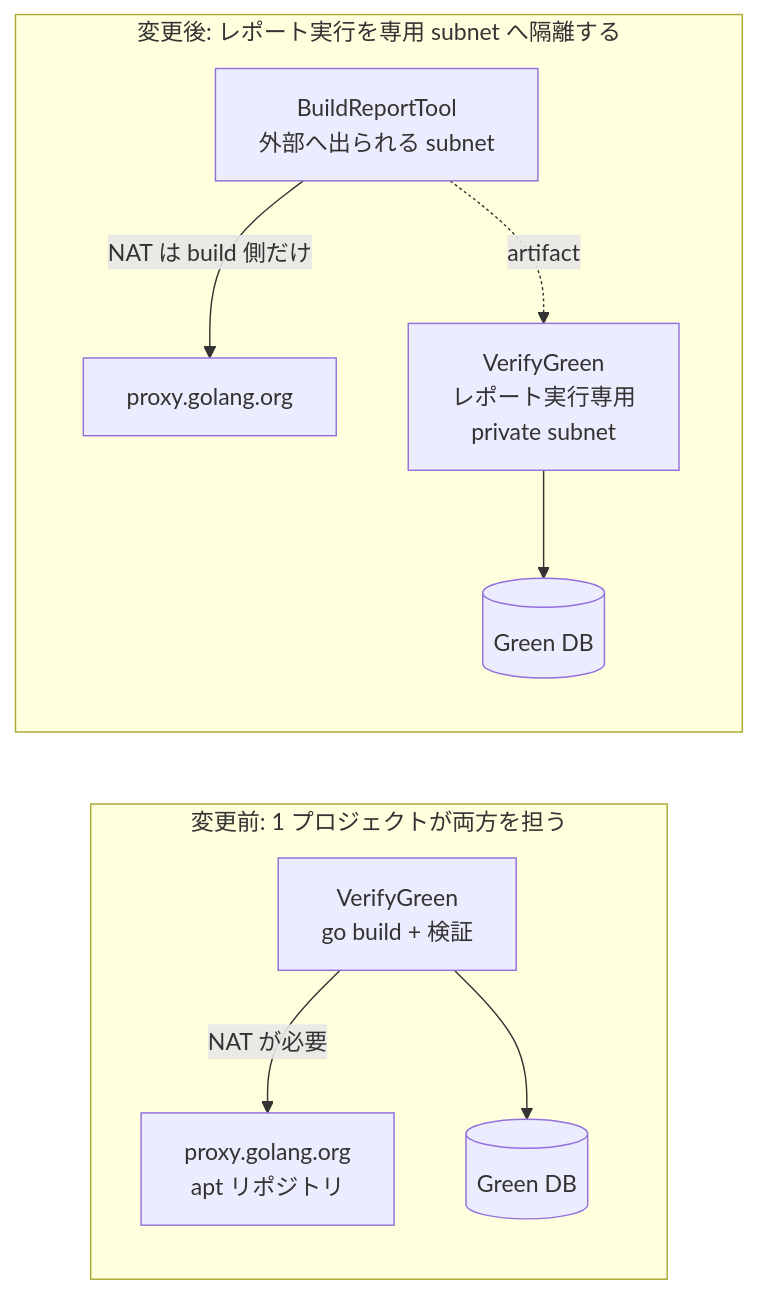
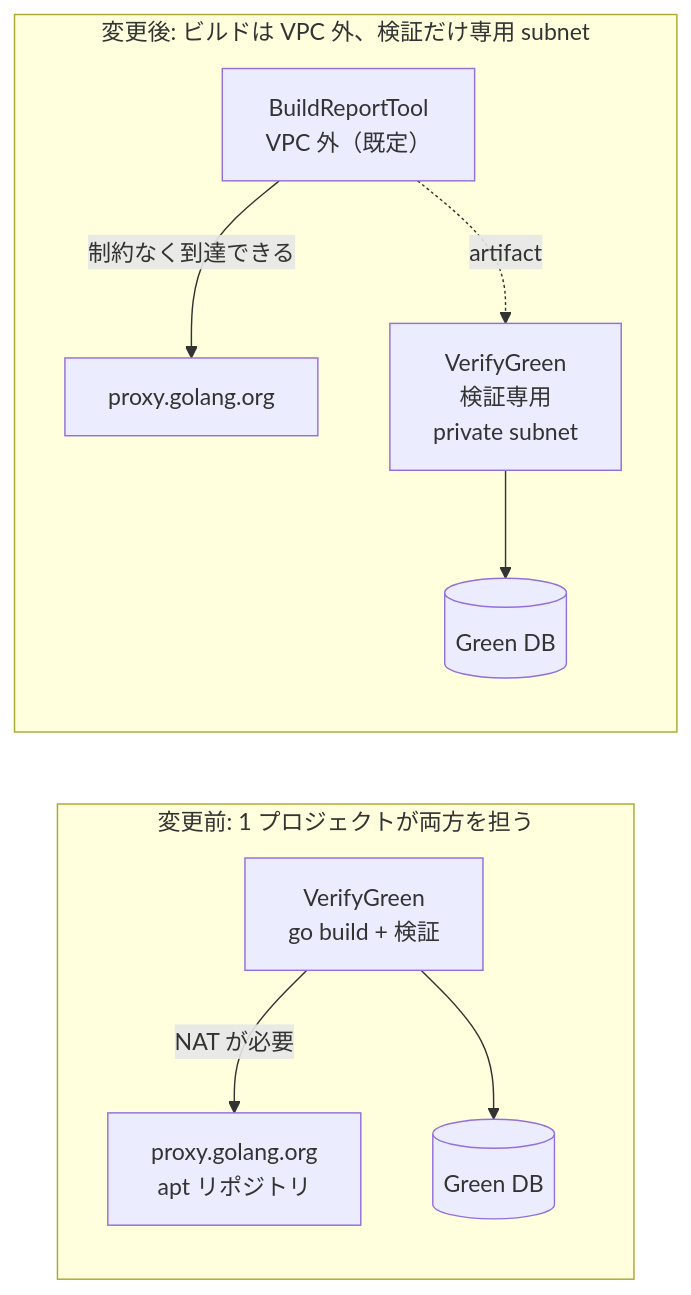
One commit to rxsxkxd/pk changed the first of 7 diagrams in docs/rds_mysql_upgrade/ci/verify-green-vpc-architecture.md. Above: the diagram before and after it, drawn with Mermaid. The commit also changed other lines of this file and 7 other files, not shown here.

````diff
--- a/docs/rds_mysql_upgrade/ci/verify-green-vpc-architecture.md
+++ b/docs/rds_mysql_upgrade/ci/verify-green-vpc-architecture.md
@@ -18,17 +18,17 @@
 ```mermaid
 flowchart LR
     subgraph before["変更前: 1 プロジェクトが両方を担う"]
         direction TB
         V1["VerifyGreen<br/>go build + 検証"]
         V1 -->|"NAT が必要"| NET1["proxy.golang.org<br/>apt リポジトリ"]
         V1 --> DB1[("Green DB")]
     end
 
-    subgraph after["変更後: レポート実行を専用 subnet へ隔離する"]
+    subgraph after["変更後: ビルドは VPC 外、検証だけ専用 subnet"]
         direction TB
-        B2["BuildReportTool<br/>外部へ出られる subnet"]
-        B2 -->|"NAT は build 側だけ"| NET2["proxy.golang.org"]
-        B2 -.->|"artifact"| V2["VerifyGreen<br/>レポート実行専用<br/>private subnet"]
+        B2["BuildReportTool<br/>VPC 外（既定）"]
+        B2 -->|"制約なく到達できる"| NET2["proxy.golang.org"]
+        B2 -.->|"artifact"| V2["VerifyGreen<br/>検証専用<br/>private subnet"]
         V2 --> DB2[("Green DB")]
     end
 ```
````
